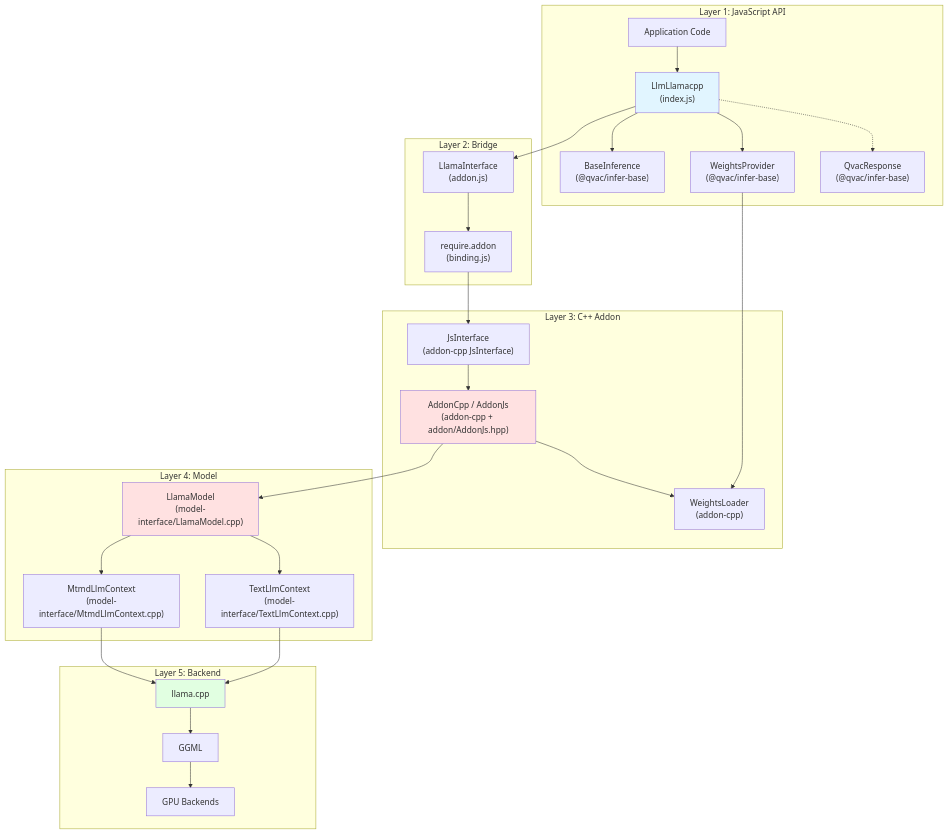
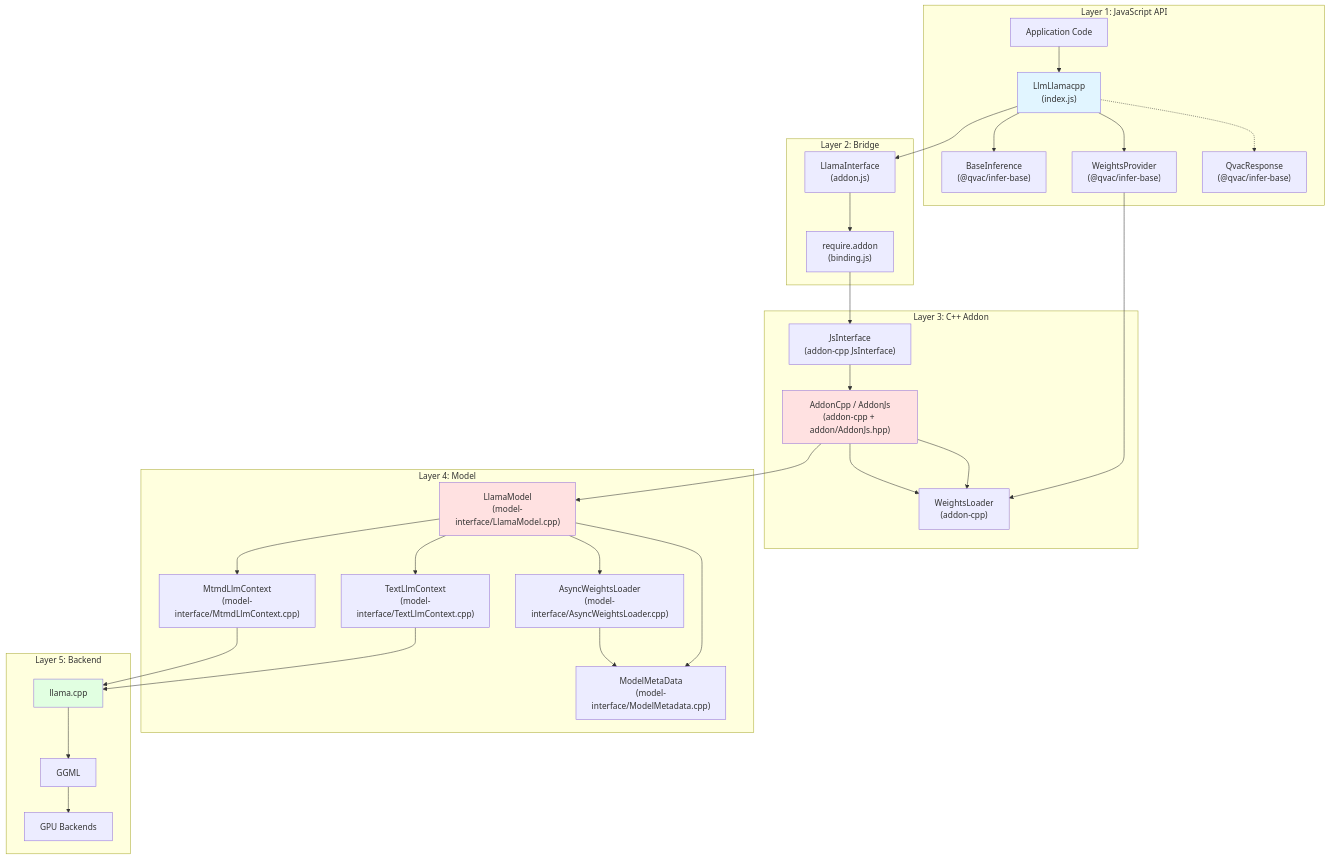
Before and after one commit to tetherto/qvac: the third of 4 diagrams in packages/qvac-lib-infer-llamacpp-llm/docs/architecture.md, drawn with Mermaid. The commit also changed other lines of this file and 26 other files, not shown here.

````diff
--- a/packages/qvac-lib-infer-llamacpp-llm/docs/architecture.md
+++ b/packages/qvac-lib-infer-llamacpp-llm/docs/architecture.md
@@ -217,60 +217,66 @@
 ```mermaid
 graph TB
     subgraph "Layer 1: JavaScript API"
         APP["Application Code"]
         LLMCLASS["LlmLlamacpp<br/>(index.js)"]
         BASEINF["BaseInference<br/>(@qvac/infer-base)"]
         WEIGHTSPR["WeightsProvider<br/>(@qvac/infer-base)"]
         RESPONSE["QvacResponse<br/>(@qvac/infer-base)"]
     end
     
     subgraph "Layer 2: Bridge"
         LLAMAIF["LlamaInterface<br/>(addon.js)"]
         BINDING["require.addon<br/>(binding.js)"]
     end
     
     subgraph "Layer 3: C++ Addon"
         JSINTERFACE["JsInterface<br/>(addon-cpp JsInterface)"]
         ADDONCPP["AddonCpp / AddonJs<br/>(addon-cpp + addon/AddonJs.hpp)"]
         WEIGHTSLOAD["WeightsLoader<br/>(addon-cpp)"]
     end
     
     subgraph "Layer 4: Model"
         LLAMAMODEL["LlamaModel<br/>(model-interface/LlamaModel.cpp)"]
+        METADATA["ModelMetaData<br/>(model-interface/ModelMetadata.cpp)"]
+        ASYNCWL["AsyncWeightsLoader<br/>(model-interface/AsyncWeightsLoader.cpp)"]
         TEXTCTX["TextLlmContext<br/>(model-interface/TextLlmContext.cpp)"]
         MTMDCTX["MtmdLlmContext<br/>(model-interface/MtmdLlmContext.cpp)"]
     end
     
     subgraph "Layer 5: Backend"
         LLAMACPP["llama.cpp"]
         GGML["GGML"]
         GPU["GPU Backends"]
     end
     
     APP --> LLMCLASS
     LLMCLASS --> BASEINF
     LLMCLASS --> WEIGHTSPR
     LLMCLASS --> LLAMAIF
     LLMCLASS -.-> RESPONSE
     
     LLAMAIF --> BINDING
     BINDING --> JSINTERFACE
     WEIGHTSPR --> WEIGHTSLOAD
     
     JSINTERFACE --> ADDONCPP
     ADDONCPP --> WEIGHTSLOAD
     ADDONCPP --> LLAMAMODEL
+    ADDONCPP --> WEIGHTSLOAD
     
+    LLAMAMODEL --> METADATA
+    LLAMAMODEL --> ASYNCWL
+    ASYNCWL --> METADATA
     LLAMAMODEL --> TEXTCTX
     LLAMAMODEL --> MTMDCTX
     TEXTCTX --> LLAMACPP
     MTMDCTX --> LLAMACPP
     
     LLAMACPP --> GGML
     GGML --> GPU
     
     style LLMCLASS fill:#e1f5ff
     style ADDONCPP fill:#ffe1e1
     style LLAMAMODEL fill:#ffe1e1
     style LLAMACPP fill:#e1ffe1
 ```
````
